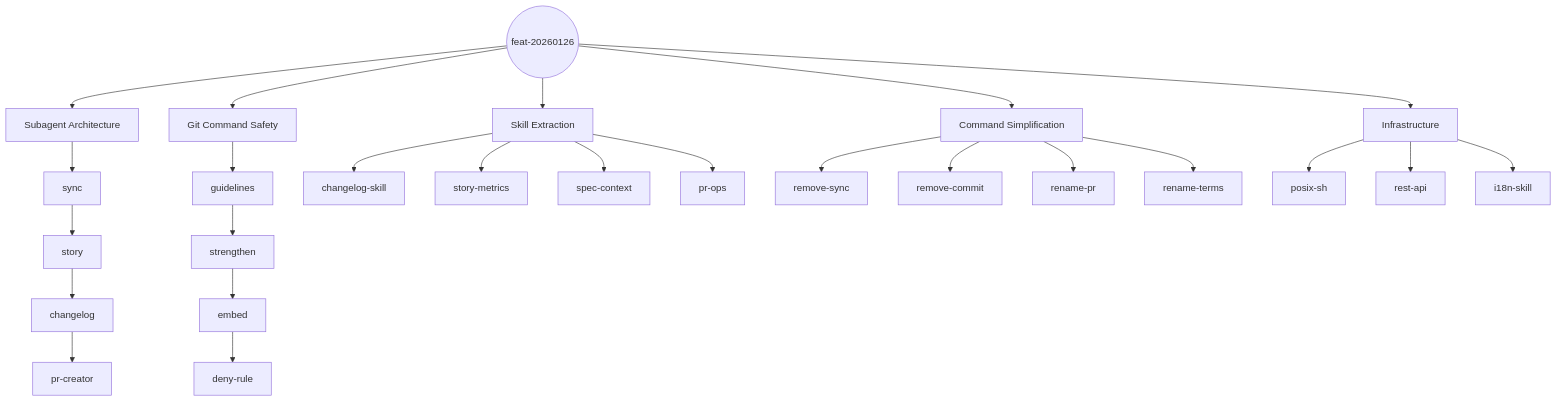
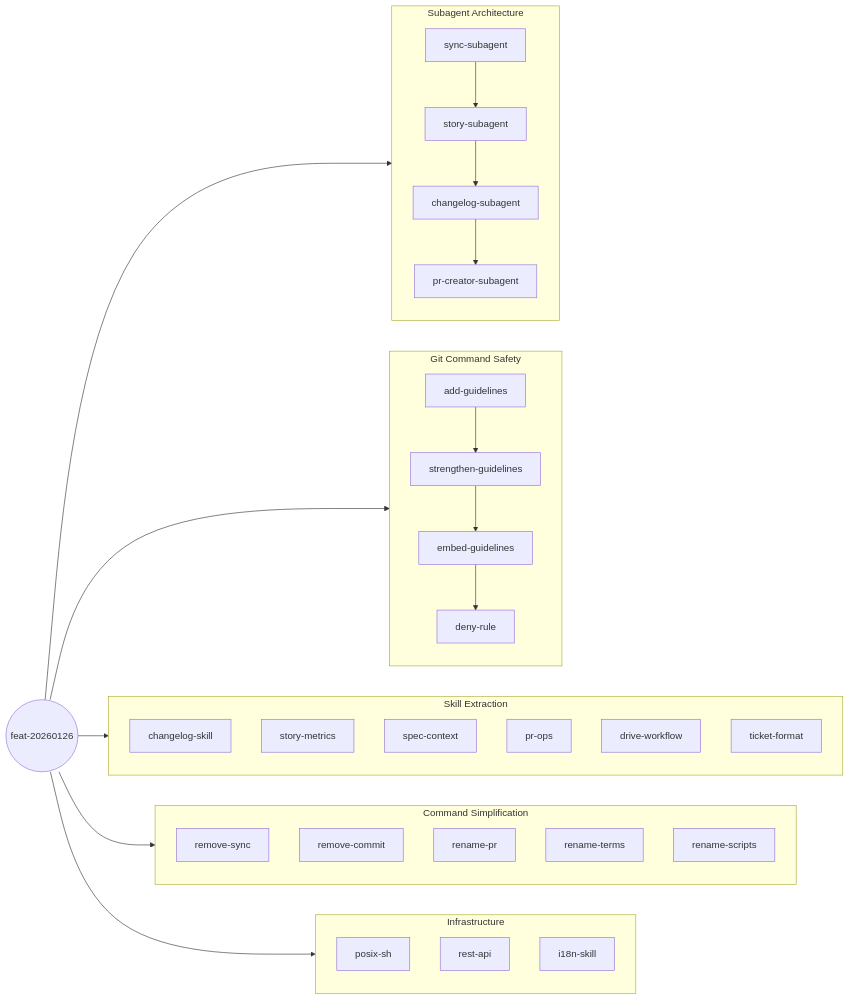
One commit to qmu/workaholic changed the diagram in .workaholic/stories/feat-20260126-214833.md. Above: the diagram before and after it, drawn with Mermaid.

Commit message:
Fix flowchart: LR layout with grouped tickets

````diff
--- a/.workaholic/stories/feat-20260126-214833.md
+++ b/.workaholic/stories/feat-20260126-214833.md
@@ -15,24 +15,29 @@
 ```mermaid
-flowchart TD
+flowchart LR
   root((feat-20260126))
   root --> Subagents
   root --> GitSafety
   root --> Skills
   root --> Commands
   root --> Infra
 
-  Subagents[Subagent Architecture]
-  Subagents --> sync --> story --> changelog --> pr-creator
+  subgraph Subagents[Subagent Architecture]
+    sync-subagent --> story-subagent --> changelog-subagent --> pr-creator-subagent
+  end
 
-  GitSafety[Git Command Safety]
-  GitSafety --> guidelines --> strengthen --> embed --> deny-rule
+  subgraph GitSafety[Git Command Safety]
+    add-guidelines --> strengthen-guidelines --> embed-guidelines --> deny-rule
+  end
 
-  Skills[Skill Extraction]
-  Skills --> changelog-skill & story-metrics & spec-context & pr-ops
+  subgraph Skills[Skill Extraction]
+    changelog-skill & story-metrics & spec-context & pr-ops & drive-workflow & ticket-format
+  end
 
-  Commands[Command Simplification]
-  Commands --> remove-sync & remove-commit & rename-pr & rename-terms
+  subgraph Commands[Command Simplification]
+    remove-sync & remove-commit & rename-pr & rename-terms & rename-scripts
+  end
 
-  Infra[Infrastructure]
-  Infra --> posix-sh & rest-api & i18n-skill
+  subgraph Infra[Infrastructure]
+    posix-sh & rest-api & i18n-skill
+  end
 ```
````
